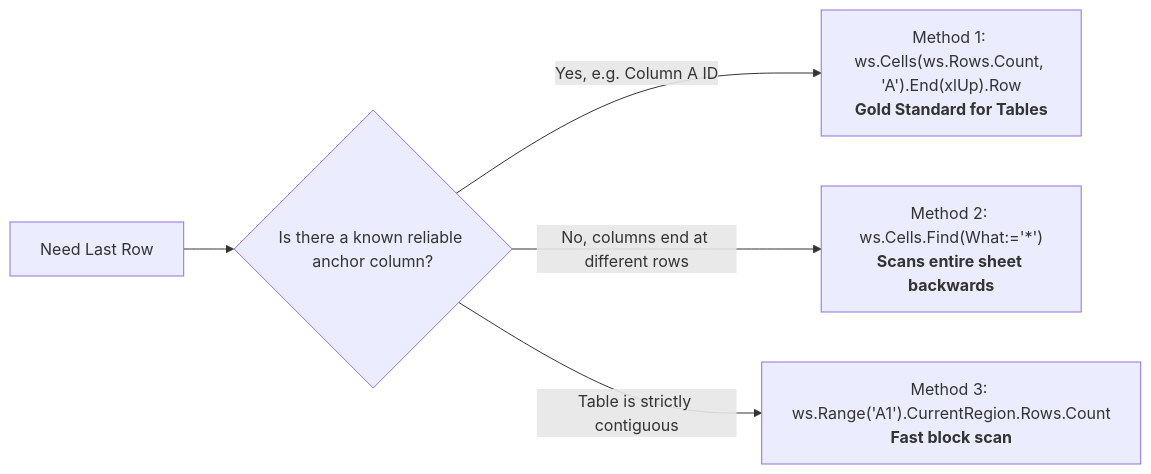
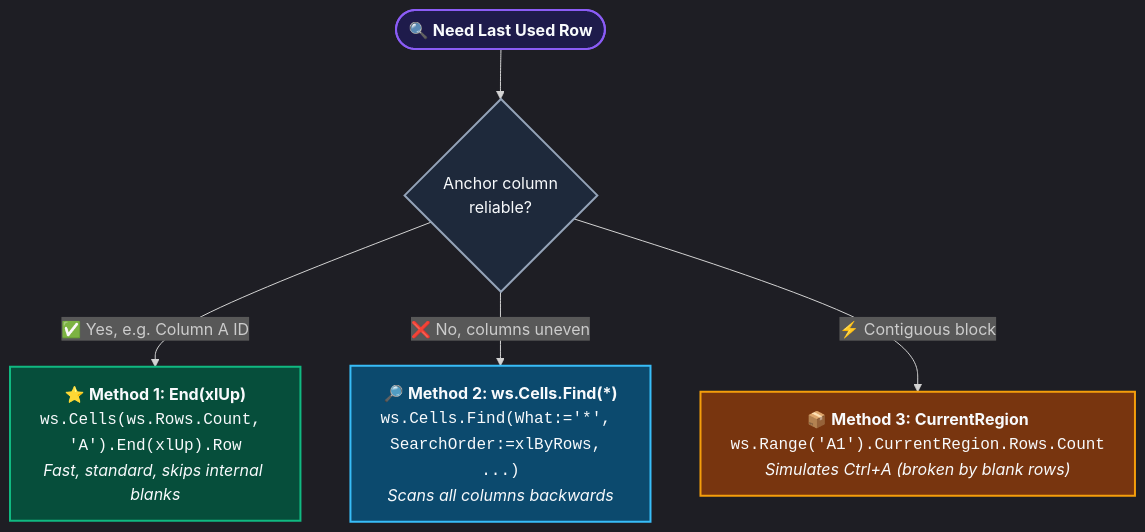
Before and after one commit to Sohila-Khaled-Abbas/Excel-VBA-Second-Brain: the second of 2 diagrams in 03 - Excel Object Model/Range/Range.md, drawn with Mermaid. The commit also changed other lines of this file and 23 other files, not shown here.

Commit message:
feat: modernize vault diagrams with dark-theme Excel mockup UI, responsive card grids, and high-contrast Mermaid themes

````diff
--- a/03 - Excel Object Model/Range/Range.md
+++ b/03 - Excel Object Model/Range/Range.md
@@ -62,7 +87,15 @@
 ```mermaid
-flowchart LR
-    A["Need Last Row"] --> B{"Is there a known reliable anchor column?"}
-    B -->|Yes, e.g. Column A ID| C["Method 1: ws.Cells(ws.Rows.Count, 'A').End(xlUp).Row<br/><b>Gold Standard for Tables</b>"]
-    B -->|No, columns end at different rows| D["Method 2: ws.Cells.Find(What:='*')<br/><b>Scans entire sheet backwards</b>"]
-    B -->|Table is strictly contiguous| E["Method 3: ws.Range('A1').CurrentRegion.Rows.Count<br/><b>Fast block scan</b>"]
+%%{init: {'theme': 'dark', 'themeVariables': { 'darkMode': true, 'fontFamily': 'Inter, sans-serif' }}}%%
+flowchart TD
+    Start(["🔍 <b>Need Last Used Row</b>"]):::startNode --> Check{"Anchor column<br/>reliable?"}:::decisionNode
+    
+    Check -->|✅ Yes, e.g. Column A ID| M1["⭐ <b>Method 1: End(xlUp)</b><br/><code>ws.Cells(ws.Rows.Count, 'A').End(xlUp).Row</code><br/><i>Fast, standard, skips internal blanks</i>"]:::greenNode
+    Check -->|❌ No, columns uneven| M2["🔎 <b>Method 2: ws.Cells.Find(*)</b><br/><code>ws.Cells.Find(What:='*', SearchOrder:=xlByRows, ...)</code><br/><i>Scans all columns backwards</i>"]:::cyanNode
+    Check -->|⚡ Contiguous block| M3["📦 <b>Method 3: CurrentRegion</b><br/><code>ws.Range('A1').CurrentRegion.Rows.Count</code><br/><i>Simulates Ctrl+A (broken by blank rows)</i>"]:::amberNode
+
+    classDef startNode fill:#1e1b4b,stroke:#8b5cf6,stroke-width:2px,color:#f8fafc;
+    classDef decisionNode fill:#1e293b,stroke:#94a3b8,stroke-width:2px,color:#f8fafc;
+    classDef greenNode fill:#064e3b,stroke:#10b981,stroke-width:2px,color:#f8fafc;
+    classDef cyanNode fill:#0c4a6e,stroke:#38bdf8,stroke-width:2px,color:#f8fafc;
+    classDef amberNode fill:#78350f,stroke:#f59e0b,stroke-width:2px,color:#f8fafc;
 ```
````
